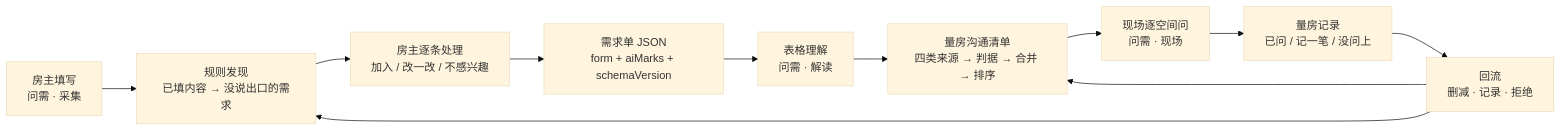
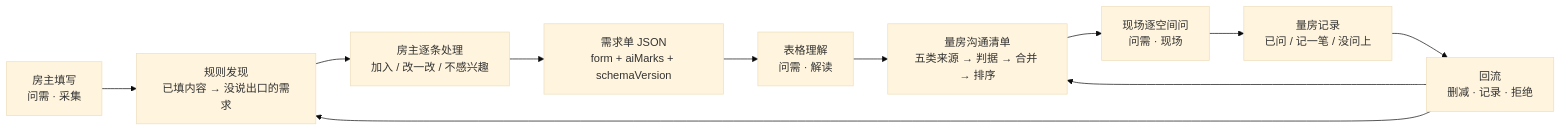
One commit to xinhao021121-web/zhuangxiu-demand changed the first of 2 diagrams in docs/问需_产品设计文档_V1.md. Above: the diagram before and after it, drawn with Mermaid (base theme). The commit also changed other lines of this file and 22 other files, not shown here.

````diff
--- a/docs/问需_产品设计文档_V1.md
+++ b/docs/问需_产品设计文档_V1.md
@@ -80,13 +80,13 @@
 ```mermaid
 flowchart LR
   F[房主填写<br/>问需 · 采集] --> R[规则发现<br/>已填内容 → 没说出口的需求]
   R --> A[房主逐条处理<br/>加入 / 改一改 / 不感兴趣]
   A --> D[需求单 JSON<br/>form + aiMarks + schemaVersion]
   D --> U[表格理解<br/>问需 · 解读]
-  U --> C[量房沟通清单<br/>四类来源 → 判据 → 合并 → 排序]
+  U --> C[量房沟通清单<br/>五类来源 → 判据 → 合并 → 排序]
   C --> S[现场逐空间问<br/>问需 · 现场]
   S --> G[量房记录<br/>已问 / 记一笔 / 没问上]
   G --> B[回流<br/>删减 · 记录 · 拒绝]
   B --> R
   B --> C
 ```
````
